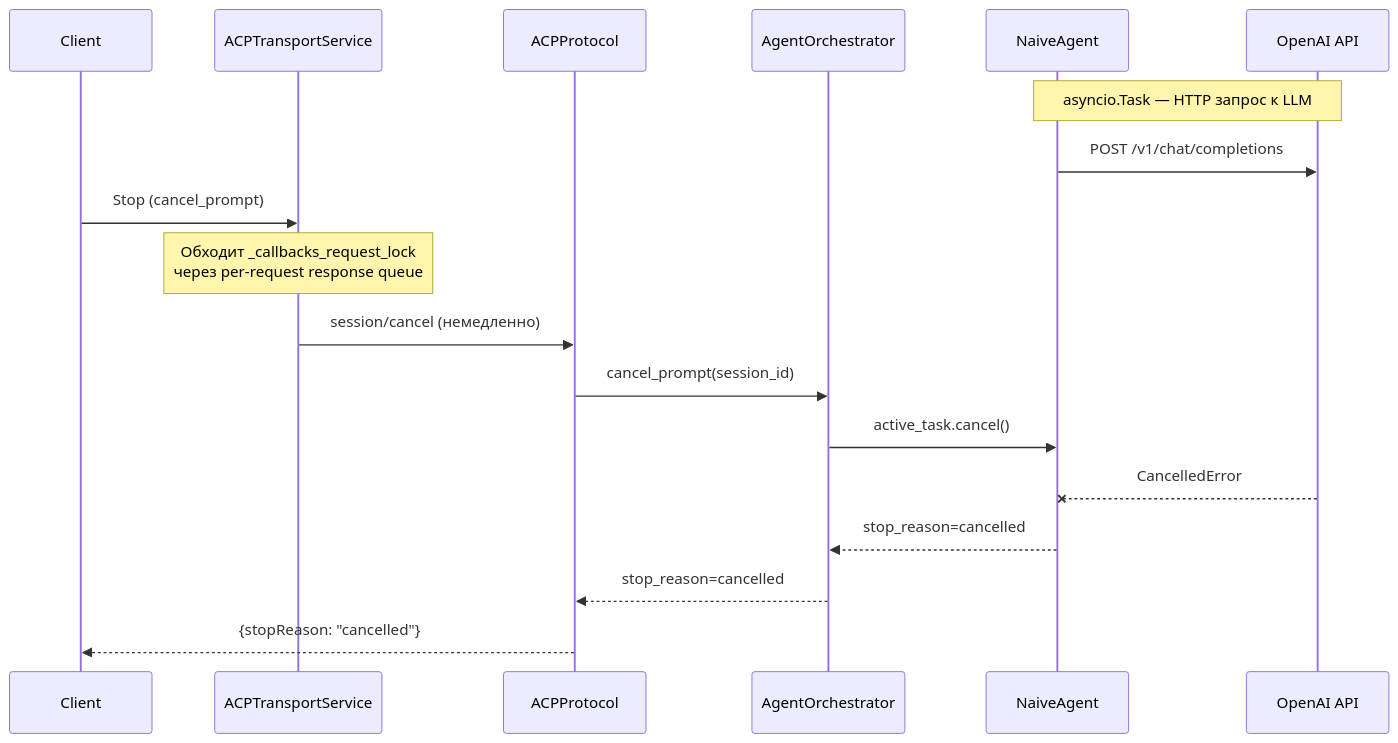
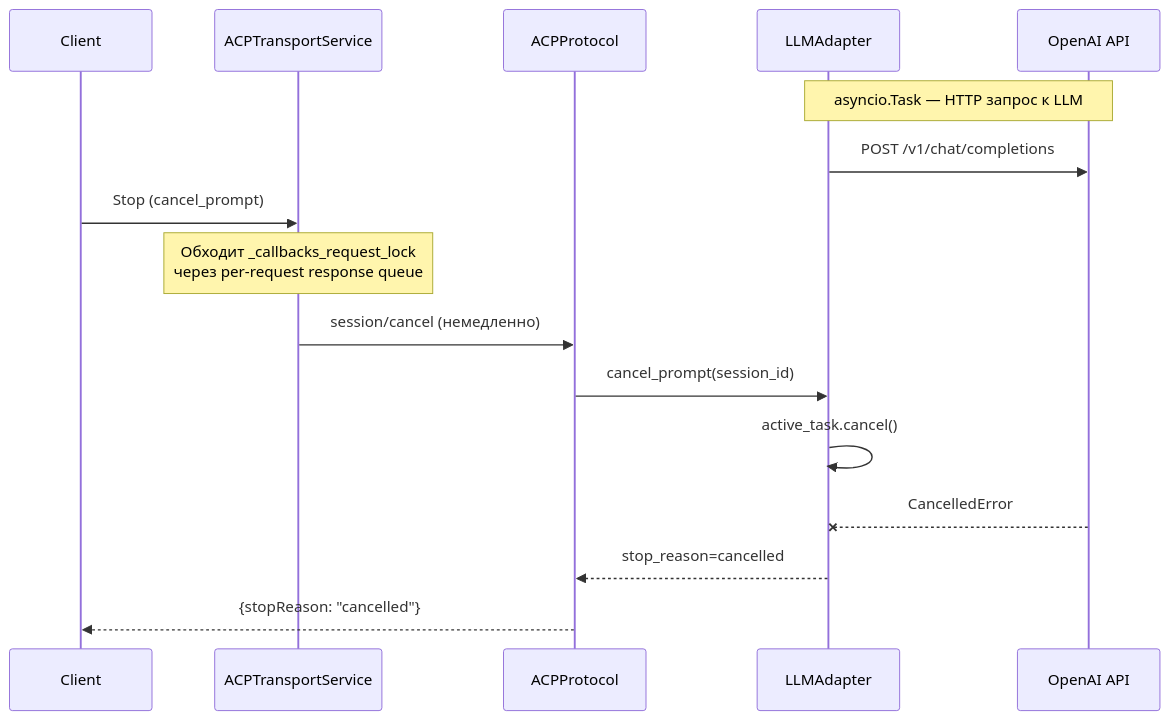
The fifth of 5 diagrams in doc/architecture/ACP_IMPLEMENTATION_VERIFICATION.md (pese-git/codelab-agent), drawn with Mermaid before and after one commit. The commit also changed other lines of this file and 4 other files, not shown here.

First line of the commit message:
docs: обновить устаревшие ссылки на AgentOrchestrator/NaiveAgent в оставшихся документах

````diff
--- a/doc/architecture/ACP_IMPLEMENTATION_VERIFICATION.md
+++ b/doc/architecture/ACP_IMPLEMENTATION_VERIFICATION.md
@@ -650,22 +640,20 @@
 ```mermaid
 sequenceDiagram
     participant C as Client
     participant TS as ACPTransportService
     participant S as ACPProtocol
-    participant ORCH as AgentOrchestrator
-    participant AG as NaiveAgent
+    participant LA as LLMAdapter
     participant LLM as OpenAI API
 
-    Note over AG,LLM: asyncio.Task — HTTP запрос к LLM
-    AG->>LLM: POST /v1/chat/completions
+    Note over LA,LLM: asyncio.Task — HTTP запрос к LLM
+    LA->>LLM: POST /v1/chat/completions
 
     C->>TS: Stop (cancel_prompt)
     Note over TS: Обходит _callbacks_request_lock<br/>через per-request response queue
     TS->>S: session/cancel (немедленно)
-    S->>ORCH: cancel_prompt(session_id)
-    ORCH->>AG: active_task.cancel()
-    LLM--xAG: CancelledError
-    AG-->>ORCH: stop_reason=cancelled
-    ORCH-->>S: stop_reason=cancelled
+    S->>LA: cancel_prompt(session_id)
+    LA->>LA: active_task.cancel()
+    LLM--xLA: CancelledError
+    LA-->>S: stop_reason=cancelled
     S-->>C: {stopReason: "cancelled"}
 ```
````
